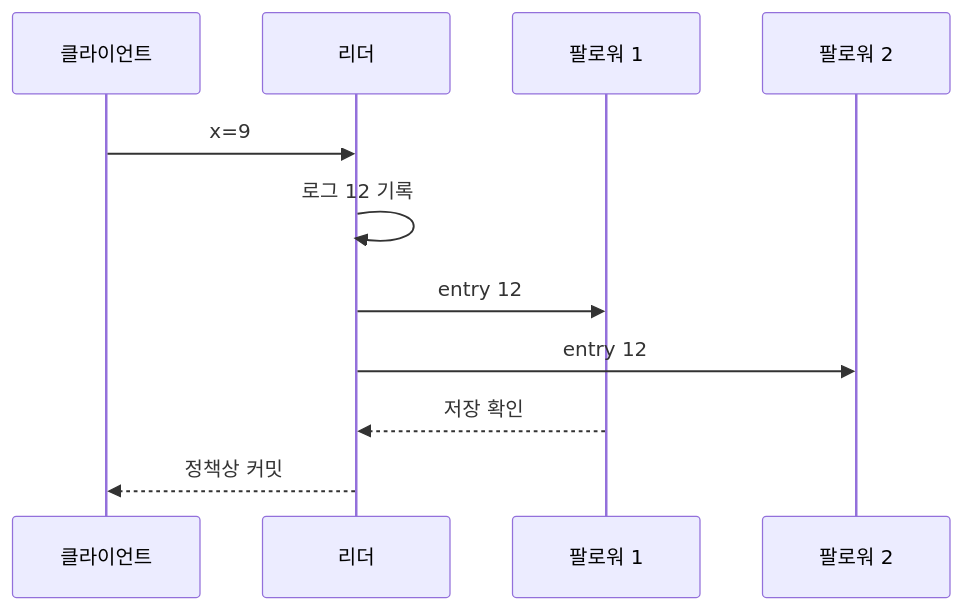
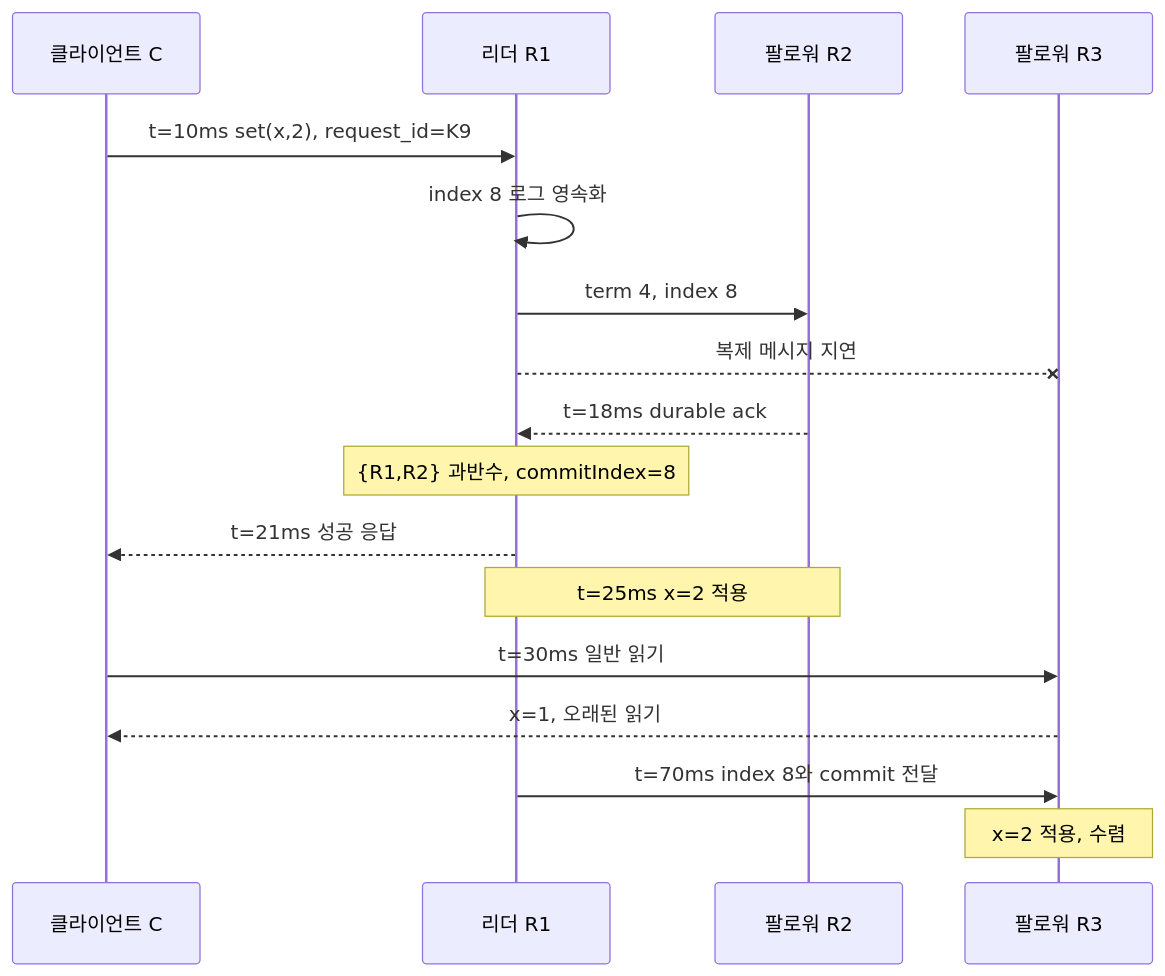
One commit to mj006648/netai-devsecops-runbook changed the diagram in learning/distributed-systems/03-replication-and-consistency.md. Above: the diagram before and after it, drawn with Mermaid. The commit also changed other lines of this file and 62 other files, not shown here.

````diff
--- a/learning/distributed-systems/03-replication-and-consistency.md
+++ b/learning/distributed-systems/03-replication-and-consistency.md
@@ -136,13 +33,19 @@
 ```mermaid
 sequenceDiagram
-    participant C as 클라이언트
-    participant L as 리더
-    participant F1 as 팔로워 1
-    participant F2 as 팔로워 2
-    C->>L: x=9
-    L->>L: 로그 12 기록
-    L->>F1: entry 12
-    L->>F2: entry 12
-    F1-->>L: 저장 확인
-    L-->>C: 정책상 커밋
+    participant C as 클라이언트 C
+    participant R1 as 리더 R1
+    participant R2 as 팔로워 R2
+    participant R3 as 팔로워 R3
+    C->>R1: t=10ms set(x,2), request_id=K9
+    R1->>R1: index 8 로그 영속화
+    R1->>R2: term 4, index 8
+    R1--xR3: 복제 메시지 지연
+    R2-->>R1: t=18ms durable ack
+    Note over R1: {R1,R2} 과반수, commitIndex=8
+    R1-->>C: t=21ms 성공 응답
+    Note over R1,R2: t=25ms x=2 적용
+    C->>R3: t=30ms 일반 읽기
+    R3-->>C: x=1, 오래된 읽기
+    R1->>R3: t=70ms index 8와 commit 전달
+    Note over R3: x=2 적용, 수렴
 ```
````
